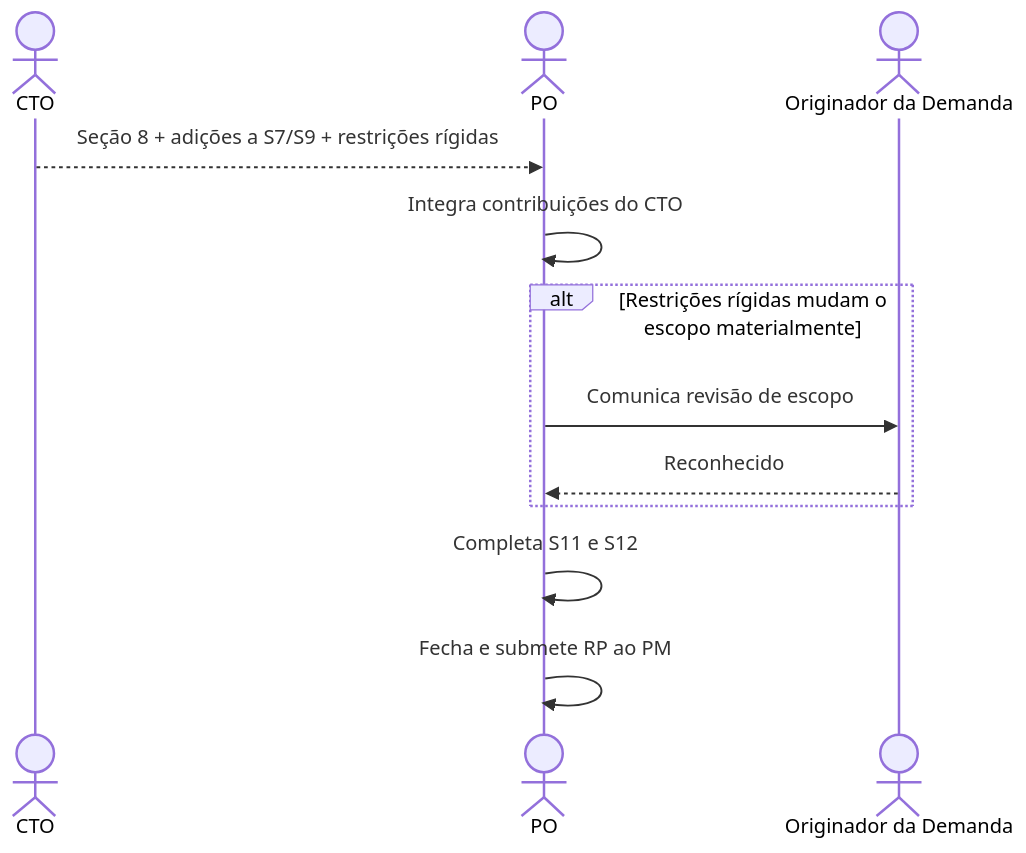
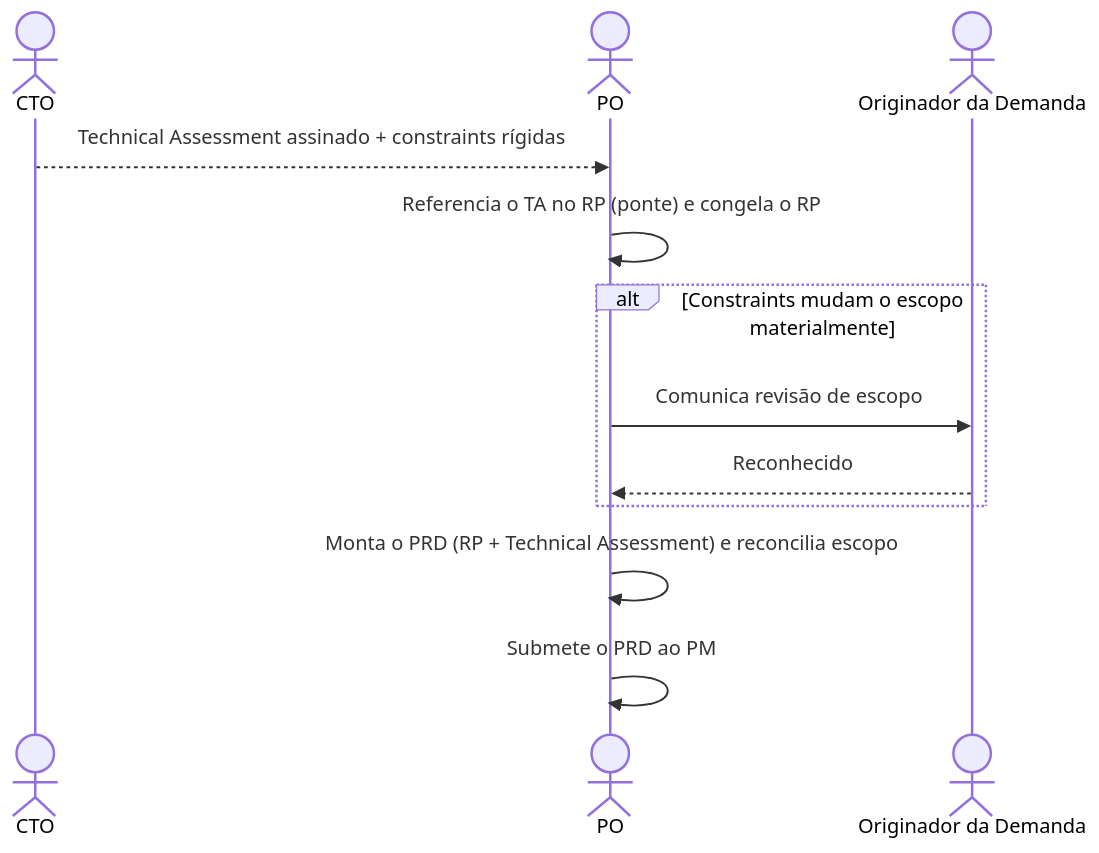
Before and after one commit to hugo-hsbtech/teamwork-process: the diagram in interactions/06-cto-to-po.md, drawn with Mermaid. The commit also changed other lines of this file and 10 other files, not shown here.

````diff
--- a/interactions/06-cto-to-po.md
+++ b/interactions/06-cto-to-po.md
@@ -62,17 +64,17 @@
 ```mermaid
 sequenceDiagram
     actor CTO as CTO
     actor PO as PO
     actor ORIG as Originador da Demanda
 
-    CTO-->>PO: Seção 8 + adições a S7/S9 + restrições rígidas
-    PO->>PO: Integra contribuições do CTO
+    CTO-->>PO: Technical Assessment assinado + constraints rígidas
+    PO->>PO: Referencia o TA no RP (ponte) e congela o RP
 
-    alt Restrições rígidas mudam o escopo materialmente
+    alt Constraints mudam o escopo materialmente
         PO->>ORIG: Comunica revisão de escopo
         ORIG-->>PO: Reconhecido
     end
 
-    PO->>PO: Completa S11 e S12
-    PO->>PO: Fecha e submete RP ao PM
+    PO->>PO: Monta o PRD (RP + Technical Assessment) e reconcilia escopo
+    PO->>PO: Submete o PRD ao PM
 ```
````
